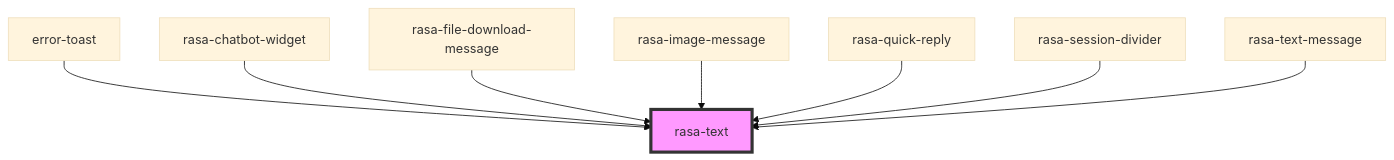
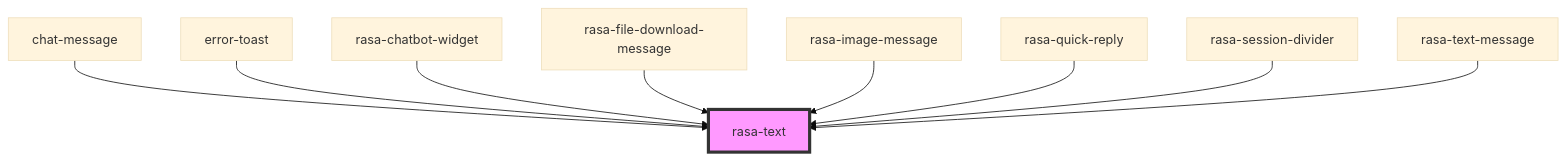
Before and after one commit to RasaHQ/chat-widget: the diagram in packages/web-component/src/components/text/readme.md, drawn with Mermaid (base theme). The commit also changed other lines of this file and 31 other files, not shown here.

````diff
--- a/packages/web-component/src/components/text/readme.md
+++ b/packages/web-component/src/components/text/readme.md
@@ -31,11 +39,12 @@
 ```mermaid
 graph TD;
+  chat-message --> rasa-text
   error-toast --> rasa-text
   rasa-chatbot-widget --> rasa-text
   rasa-file-download-message --> rasa-text
   rasa-image-message --> rasa-text
   rasa-quick-reply --> rasa-text
   rasa-session-divider --> rasa-text
   rasa-text-message --> rasa-text
   style rasa-text fill:#f9f,stroke:#333,stroke-width:4px
 ```
````
